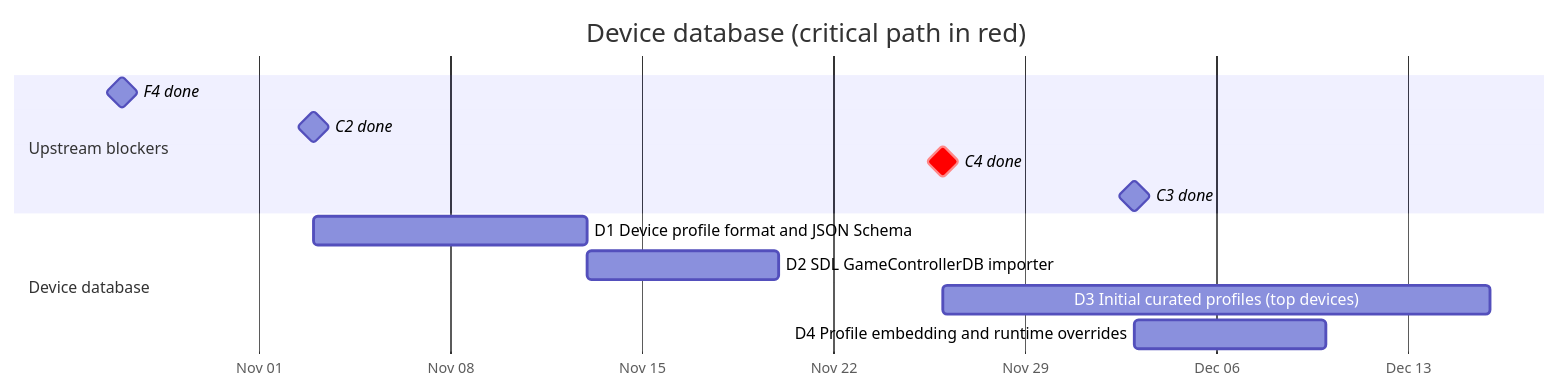
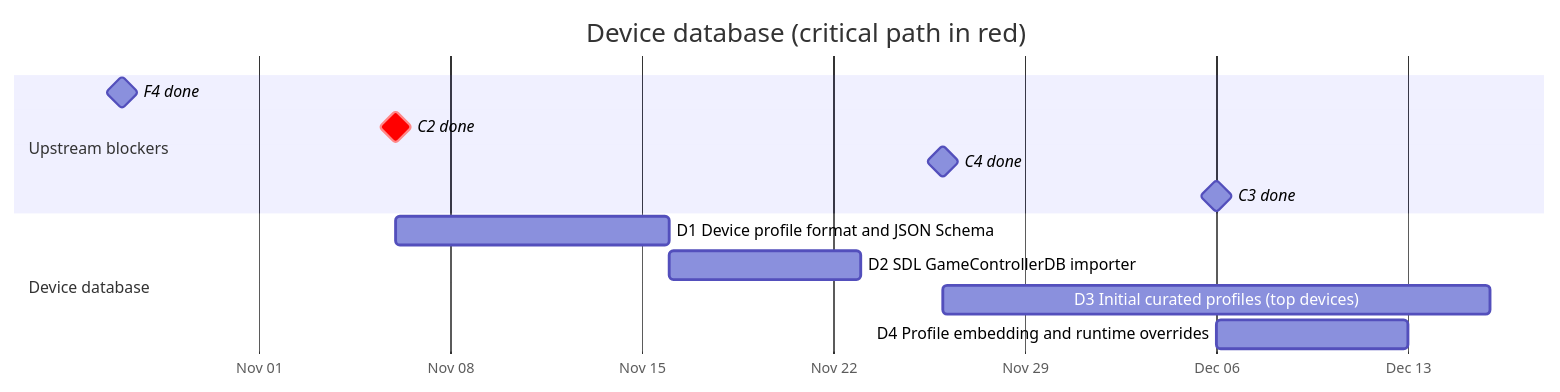
Before and after one commit to anygamepad/anygamepad.github.io: the diagram in ROADMAP/2026-10-10/02-device-database.md, drawn with Mermaid. The commit also changed other lines of this file and 9 other files, not shown here.

First line of the commit message:
Re-plan roadmap: web first, library via WASM, multi-provider input

````diff
--- a/ROADMAP/2026-10-10/02-device-database.md
+++ b/ROADMAP/2026-10-10/02-device-database.md
@@ -9,16 +9,16 @@
 ```mermaid
 gantt
     dateFormat YYYY-MM-DD
     axisFormat %b %d
     title Device database (critical path in red)
     section Upstream blockers
     F4 done :milestone, f4, 2026-10-27, 0d
-    C2 done :milestone, c2, 2026-11-03, 0d
-    C4 done :milestone, crit, c4, 2026-11-26, 0d
-    C3 done :milestone, c3, 2026-12-03, 0d
+    C2 done :milestone, crit, c2, 2026-11-06, 0d
+    C4 done :milestone, c4, 2026-11-26, 0d
+    C3 done :milestone, c3, 2026-12-06, 0d
     section Device database
     D1 Device profile format and JSON Schema :d1, after c2, 10d
     D2 SDL GameControllerDB importer :d2, after d1, 7d
     D3 Initial curated profiles (top devices) :d3, after d1 c4 f4, 20d
     D4 Profile embedding and runtime overrides :d4, after d1 c3, 7d
 ```
````
